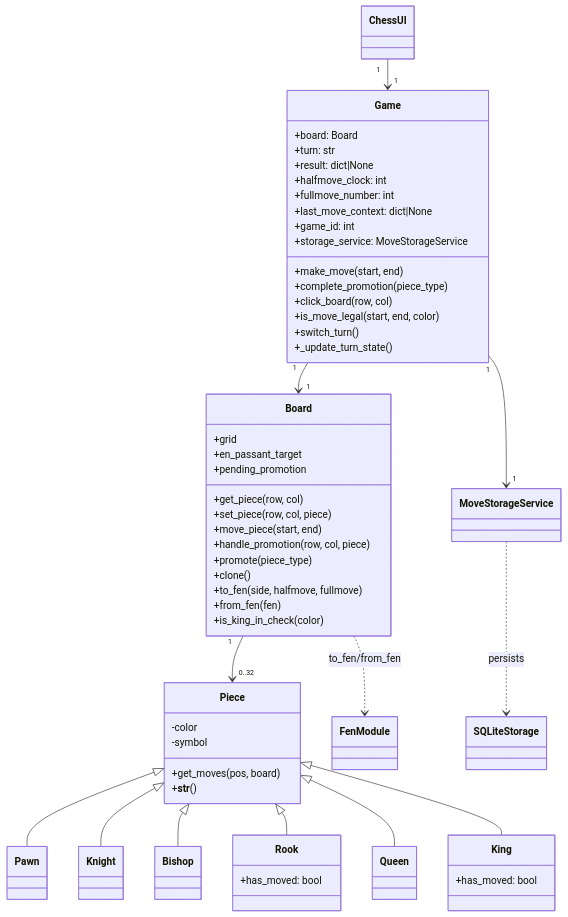
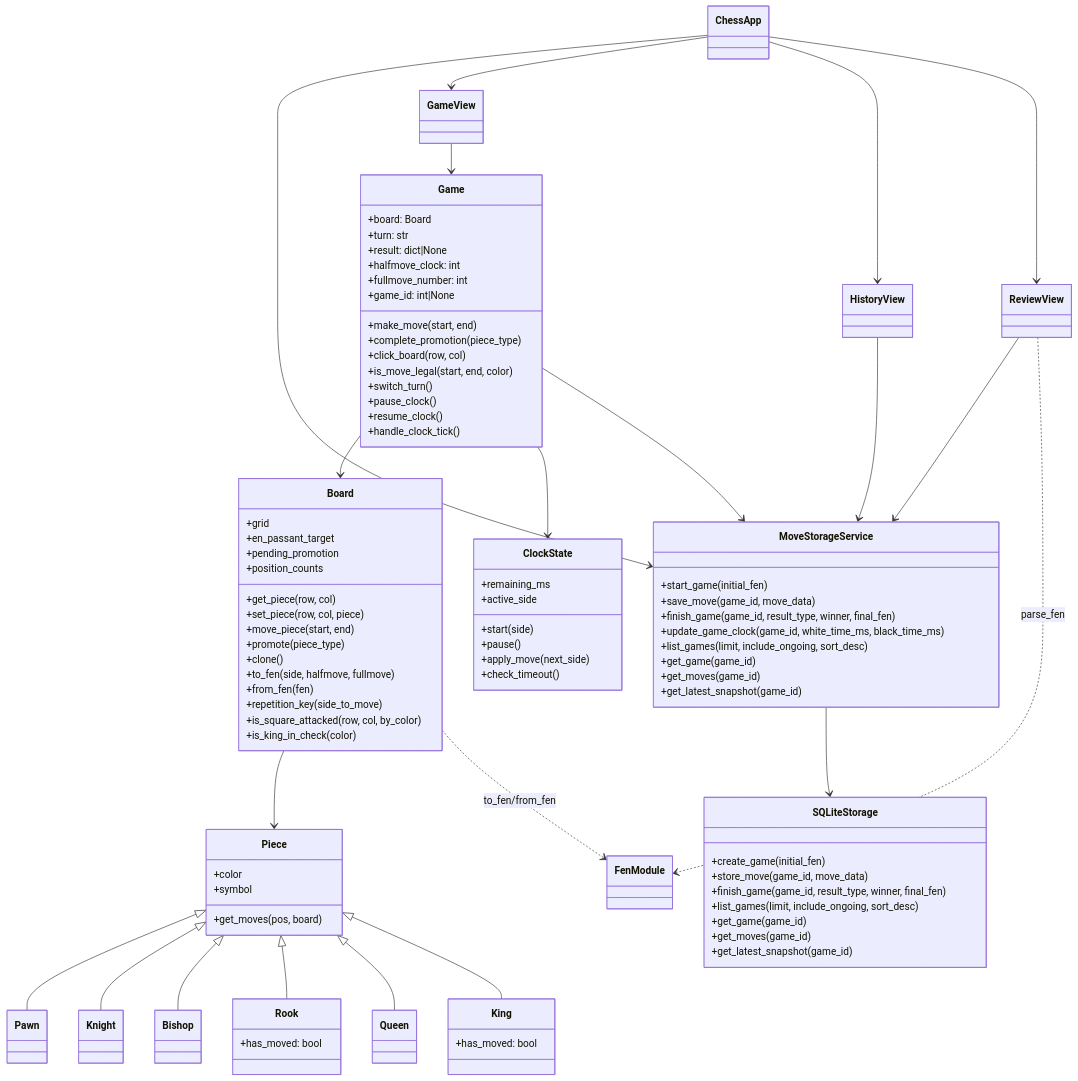
The first of 5 diagrams in documentation/architecture.md (aapokoiv/ot-harjoitustyo), drawn with Mermaid before and after one commit. The commit also changed other lines of this file and 44 other files, not shown here.

````diff
--- a/documentation/architecture.md
+++ b/documentation/architecture.md
@@ -16,12 +52,20 @@
 ```mermaid
 classDiagram
-  %% Core relationships
-  Game "1" --> "1" Board
-  Game "1" --> "1" MoveStorageService
-  ChessUI "1" --> "1" Game
-  Board "1" --> "0..32" Piece
+  ChessApp --> MoveStorageService
+  ChessApp --> GameView
+  ChessApp --> HistoryView
+  ChessApp --> ReviewView
+  GameView --> Game
+  HistoryView --> MoveStorageService
+  ReviewView --> MoveStorageService
+  ReviewView ..> FenModule : parse_fen
+
+  Game --> Board
+  Game --> ClockState
+  Game --> MoveStorageService
+  Board --> Piece
   Board ..> FenModule : to_fen/from_fen
-  MoveStorageService ..> SQLiteStorage : persists
+  MoveStorageService --> SQLiteStorage
 
   class Game {
     +board: Board
@@ -29,37 +73,68 @@
     +result: dict|None
     +halfmove_clock: int
     +fullmove_number: int
-    +last_move_context: dict|None
-    +game_id: int
-    +storage_service: MoveStorageService
+    +game_id: int|None
     +make_move(start, end)
     +complete_promotion(piece_type)
     +click_board(row, col)
     +is_move_legal(start, end, color)
     +switch_turn()
-    +_update_turn_state()
+    +pause_clock()
+    +resume_clock()
+    +handle_clock_tick()
   }
 
   class Board {
     +grid
     +en_passant_target
     +pending_promotion
+    +position_counts
     +get_piece(row, col)
     +set_piece(row, col, piece)
     +move_piece(start, end)
-    +handle_promotion(row, col, piece)
     +promote(piece_type)
     +clone()
     +to_fen(side, halfmove, fullmove)
     +from_fen(fen)
+    +repetition_key(side_to_move)
+    +is_square_attacked(row, col, by_color)
     +is_king_in_check(color)
   }
 
+  class ClockState {
+    +remaining_ms
+    +active_side
+    +start(side)
+    +pause()
+    +apply_move(next_side)
+    +check_timeout()
+  }
+
+  class MoveStorageService {
+    +start_game(initial_fen)
+    +save_move(game_id, move_data)
+    +finish_game(game_id, result_type, winner, final_fen)
+    +update_game_clock(game_id, white_time_ms, black_time_ms)
+    +list_games(limit, include_ongoing, sort_desc)
+    +get_game(game_id)
+    +get_moves(game_id)
+    +get_latest_snapshot(game_id)
+  }
+
+  class SQLiteStorage {
+    +create_game(initial_fen)
+    +store_move(game_id, move_data)
+    +finish_game(game_id, result_type, winner, final_fen)
+    +list_games(limit, include_ongoing, sort_desc)
+    +get_game(game_id)
+    +get_moves(game_id)
+    +get_latest_snapshot(game_id)
+  }
+
   class Piece {
-    -color
-    -symbol
+    +color
+    +symbol
     +get_moves(pos, board)
-    +__str__()
   }
 
   class Pawn
````
